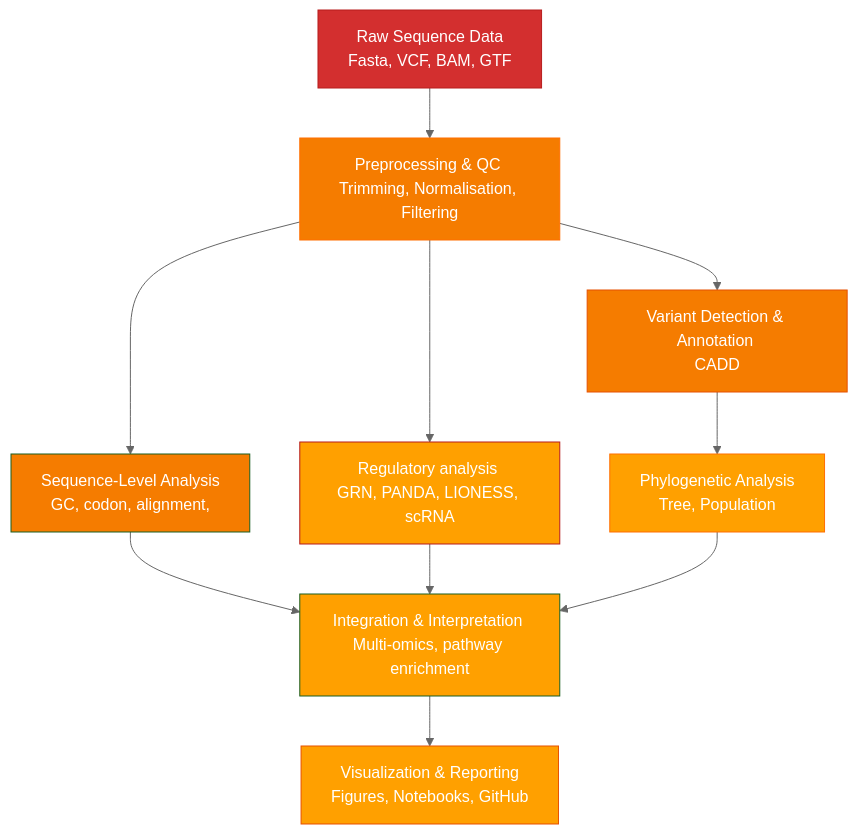
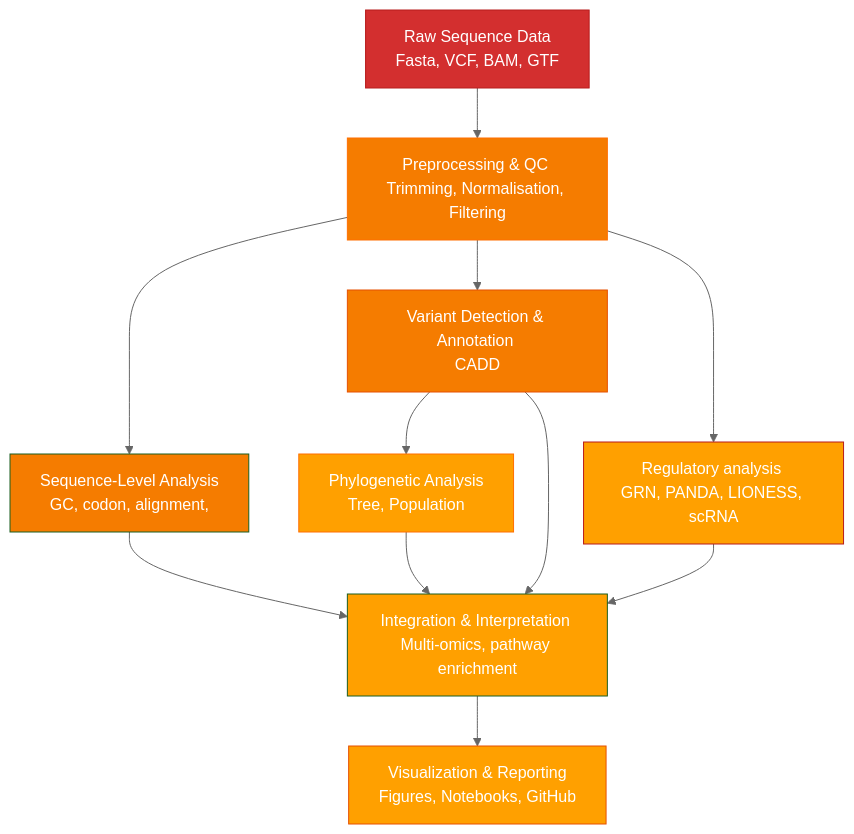
One commit to Aridoge13/Computational_Biology changed the diagram in README.md. Above: the diagram before and after it, drawn with Mermaid (neutral theme).

Commit message:
Panda + Lioness Pipeline for GRN in cancer

````diff
--- a/README.md
+++ b/README.md
@@ -61,21 +61,22 @@
 ```mermaid
 graph TD
   A[Raw Sequence Data <br>Fasta, VCF, BAM, GTF</br>] --> B[Preprocessing & QC <br>Trimming, Normalisation, Filtering</br>]
   B --> C[Sequence-Level Analysis <br>GC, codon, alignment, </br>]
   B --> D[Variant Detection & Annotation <br>CADD</br>]
   B --> E[Regulatory analysis <br>GRN, PANDA, LIONESS, scRNA</br>]
   D --> F[Phylogenetic Analysis <br>Tree, Population </br>]
   C --> G[Integration & Interpretation <br>Multi-omics, pathway enrichment</br>]
+  D --> G
   E --> G
   F --> G
   G --> H[Visualization & Reporting <br>Figures, Notebooks, GitHub</br>]
 %% Color definitions
   style A fill:#d32f2f,stroke:#b71c1c,color:#ffffff
   style B fill:#f57c00,stroke:#ff6f00,color:#ffffff
   style C fill:#f57c00,stroke:#1b5e20,color:#ffffff
   style D fill:#f57c00,stroke:#e65100,color:#ffffff
   style E fill:#ffa000,stroke:#b71c1c,color:#ffffff
   style F fill:#ffa000,stroke:#ff6f00,color:#ffffff
   style G fill:#ffa000,stroke:#1b5e20,color:#ffffff
   style H fill:#ffa000,stroke:#e65100,color:#ffffff
 ```
````
